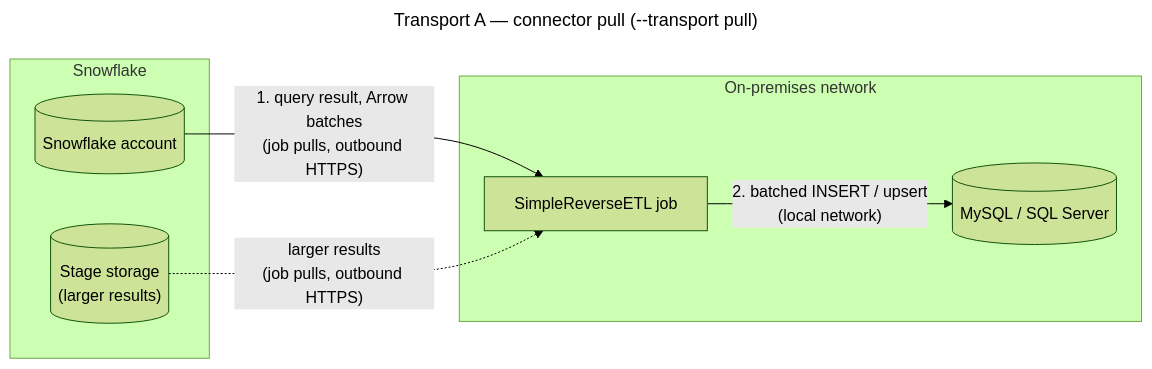
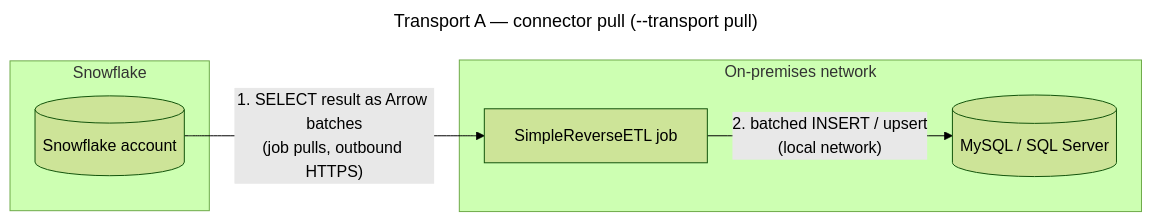
The first of 2 diagrams in README.md (sfc-gh-mwalli/simple-reverse-etl), drawn with Mermaid (forest theme) before and after one commit. The commit also changed other lines of this file, not shown here.

First line of the commit message:
README: Transport A diagram shows only the query-result path (no staging)

````diff
--- a/README.md
+++ b/README.md
@@ -59,17 +62,15 @@
 ```mermaid
 ---
 title: Transport A — connector pull (--transport pull)
 ---
 flowchart LR
   subgraph cloud [Snowflake]
     sf[("Snowflake account")]
-    res[("Stage storage<br/>(larger results)")]
   end
   subgraph onprem [On-premises network]
     job["SimpleReverseETL job"]
     db[("MySQL / SQL Server")]
   end
-  sf -->|"1. query result, Arrow batches<br/>(job pulls, outbound HTTPS)"| job
-  res -.->|"larger results<br/>(job pulls, outbound HTTPS)"| job
+  sf -->|"1. SELECT result as Arrow batches<br/>(job pulls, outbound HTTPS)"| job
   job -->|"2. batched INSERT / upsert<br/>(local network)"| db
 ```
````
